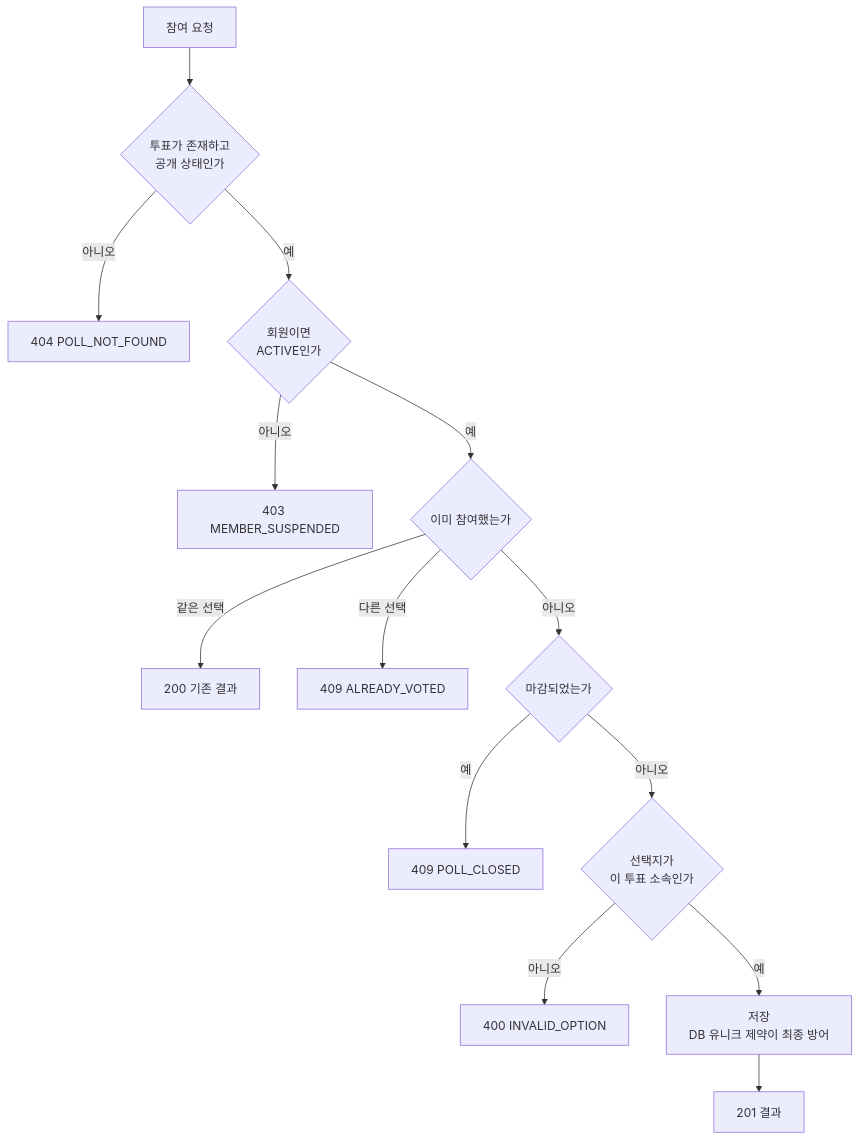
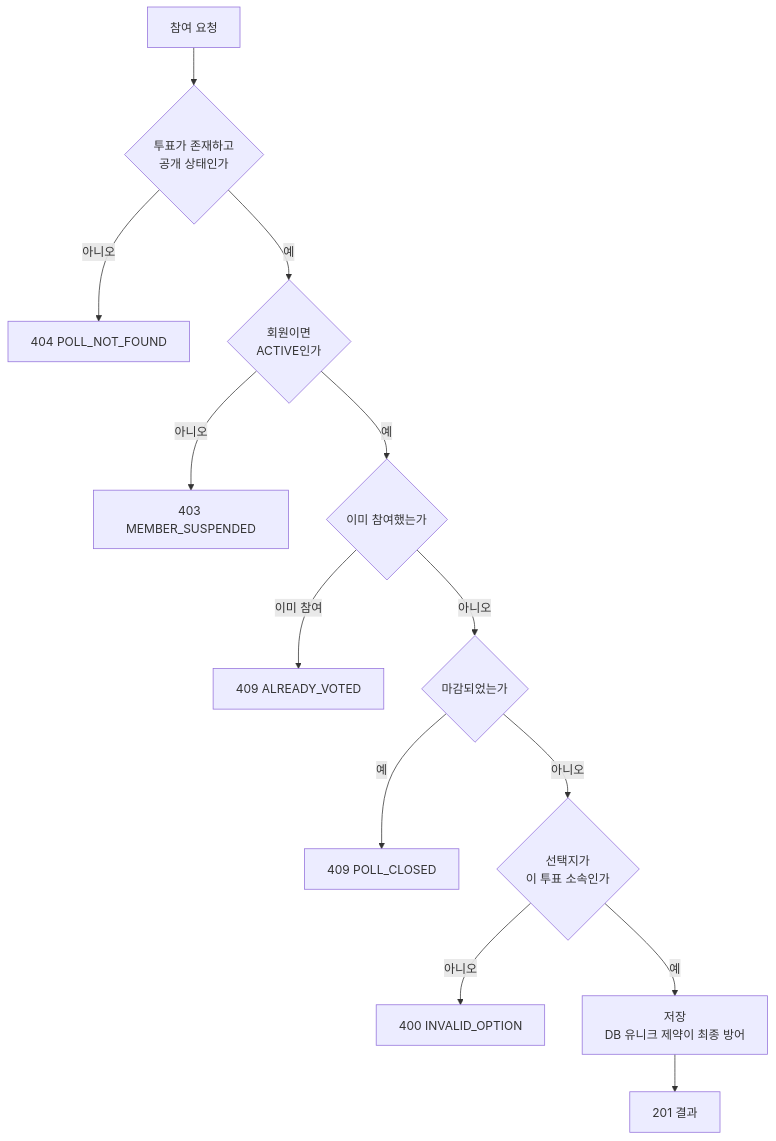
Before and after one commit to kwakseobang/AuDDum: the second of 3 diagrams in docs/사용자-시나리오.md, drawn with Mermaid. The commit also changed other lines of this file and 58 other files, not shown here.

````diff
--- a/docs/사용자-시나리오.md
+++ b/docs/사용자-시나리오.md
@@ -76,16 +76,15 @@
 ```mermaid
 flowchart TD
     A[참여 요청] --> B{"투표가 존재하고<br/>공개 상태인가"}
     B -- 아니오 --> X1[404 POLL_NOT_FOUND]
     B -- 예 --> C{"회원이면<br/>ACTIVE인가"}
     C -- 아니오 --> X2[403 MEMBER_SUSPENDED]
     C -- 예 --> D{"이미 참여했는가"}
-    D -- "같은 선택" --> X3[200 기존 결과]
-    D -- "다른 선택" --> X4[409 ALREADY_VOTED]
+    D -- "이미 참여" --> X4[409 ALREADY_VOTED]
     D -- 아니오 --> E{"마감되었는가"}
     E -- 예 --> X5[409 POLL_CLOSED]
     E -- 아니오 --> F{"선택지가<br/>이 투표 소속인가"}
     F -- 아니오 --> X6[400 INVALID_OPTION]
     F -- 예 --> G["저장<br/>DB 유니크 제약이 최종 방어"]
     G --> H[201 결과]
 ```
````
